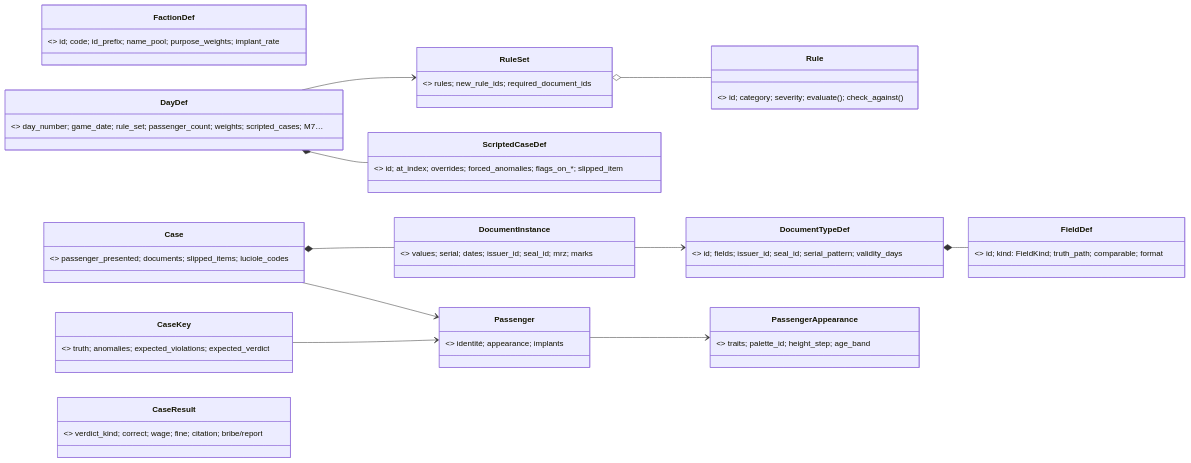
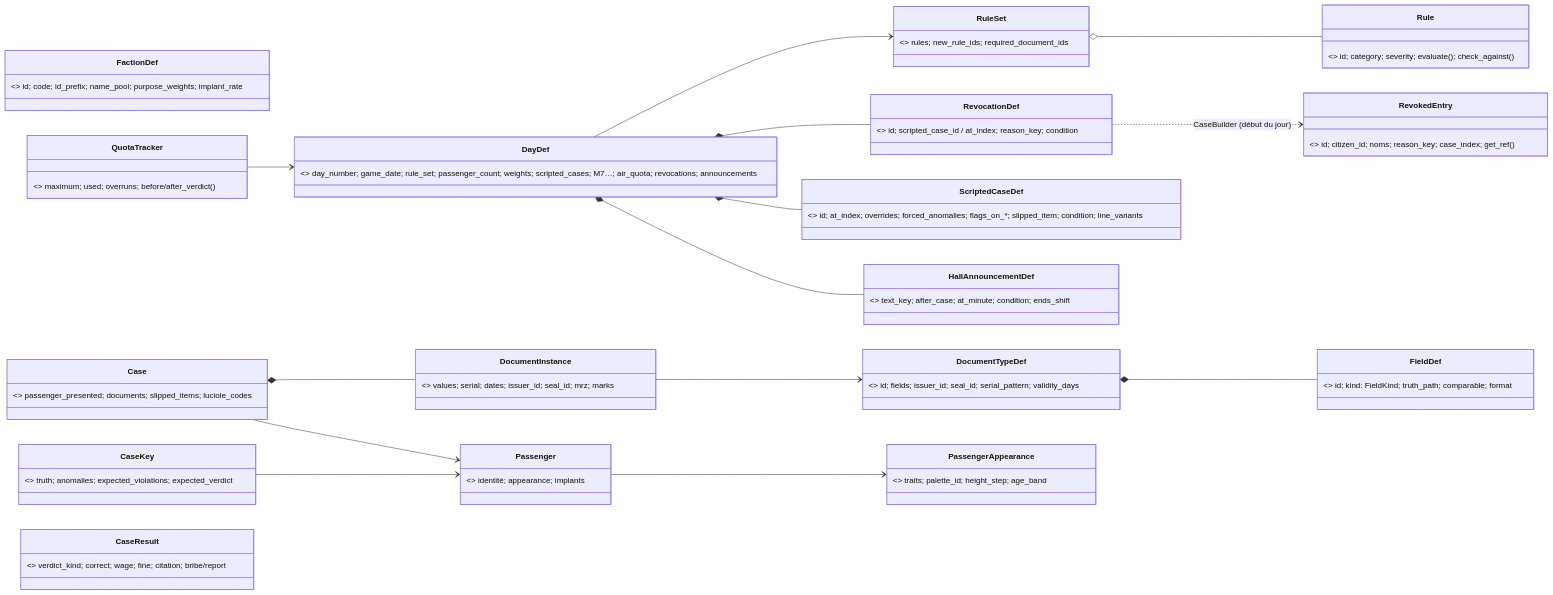
The second of 4 diagrams in docs/ARCHITECTURE.md (fs0ciety7000/clearance), drawn with Mermaid before and after one commit. The commit also changed other lines of this file, not shown here.

First line of the commit message:
ARCHITECTURE rév. 3.4 : documentation de l'Acte II (règles, signaux, contrat UI M8, sauvegarde v4, outils)

````diff
--- a/docs/ARCHITECTURE.md
+++ b/docs/ARCHITECTURE.md
@@ -179,26 +189,34 @@
 ```mermaid
 classDiagram
     direction LR
     class DocumentTypeDef { <<Resource>> id; fields; issuer_id; seal_id; serial_pattern; validity_days }
     class FieldDef { <<Resource>> id; kind: FieldKind; truth_path; comparable; format }
     class FactionDef { <<Resource>> id; code; id_prefix; name_pool; purpose_weights; implant_rate }
     class Rule { <<Resource abstract>> id; category; severity; evaluate(); check_against() }
     class RuleSet { <<Resource>> rules; new_rule_ids; required_document_ids }
-    class DayDef { <<Resource>> day_number; game_date; rule_set; passenger_count; weights; scripted_cases; M7… }
-    class ScriptedCaseDef { <<Resource>> id; at_index; overrides; forced_anomalies; flags_on_*; slipped_item }
+    class DayDef { <<Resource>> day_number; game_date; rule_set; passenger_count; weights; scripted_cases; M7…; air_quota; revocations; announcements }
+    class ScriptedCaseDef { <<Resource>> id; at_index; overrides; forced_anomalies; flags_on_*; slipped_item; condition; line_variants }
+    class HallAnnouncementDef { <<Resource>> text_key; after_case; at_minute; condition; ends_shift }
+    class RevocationDef { <<Resource>> id; scripted_case_id / at_index; reason_key; condition }
+    class RevokedEntry { <<RefCounted>> id; citizen_id; noms; reason_key; case_index; get_ref() }
+    class QuotaTracker { <<RefCounted>> maximum; used; overruns; before/after_verdict() }
     class Passenger { <<RefCounted>> identité; appearance; implants }
     class PassengerAppearance { <<RefCounted>> traits; palette_id; height_step; age_band }
     class DocumentInstance { <<RefCounted>> values; serial; dates; issuer_id; seal_id; mrz; marks }
     class Case { <<RefCounted vu par l'UI>> passenger_presented; documents; slipped_items; luciole_codes }
     class CaseKey { <<RefCounted clé>> truth; anomalies; expected_violations; expected_verdict }
     class CaseResult { <<RefCounted après verdict>> verdict_kind; correct; wage; fine; citation; bribe/report }
     DocumentTypeDef *-- FieldDef
     RuleSet o-- Rule
     DayDef --> RuleSet
     DayDef *-- ScriptedCaseDef
+    DayDef *-- HallAnnouncementDef
+    DayDef *-- RevocationDef
+    RevocationDef ..> RevokedEntry : CaseBuilder (début du jour)
+    QuotaTracker --> DayDef
     DocumentInstance --> DocumentTypeDef
     Case *-- DocumentInstance
     Case --> Passenger
     CaseKey --> Passenger
     Passenger --> PassengerAppearance
 ```
````
